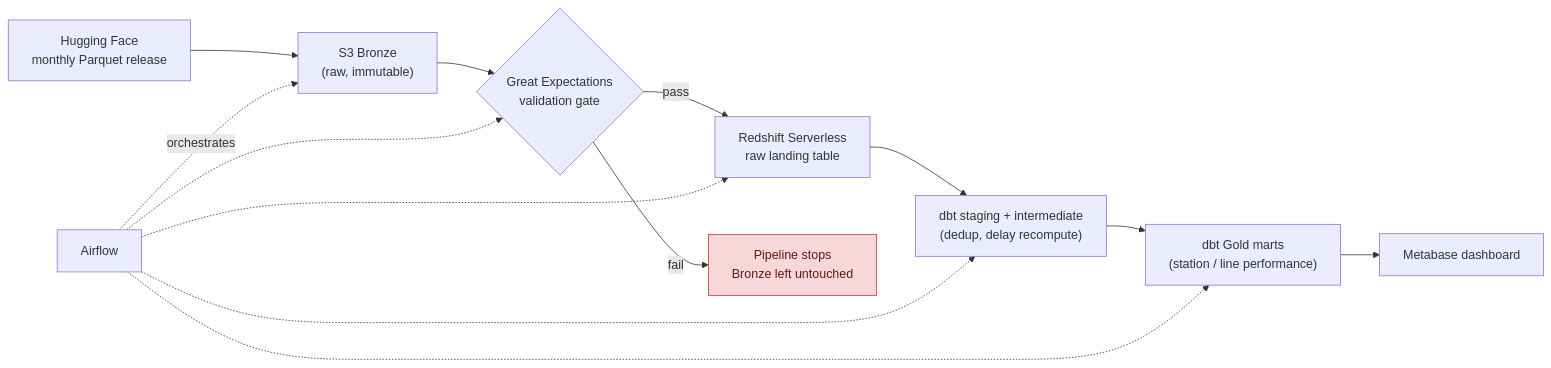
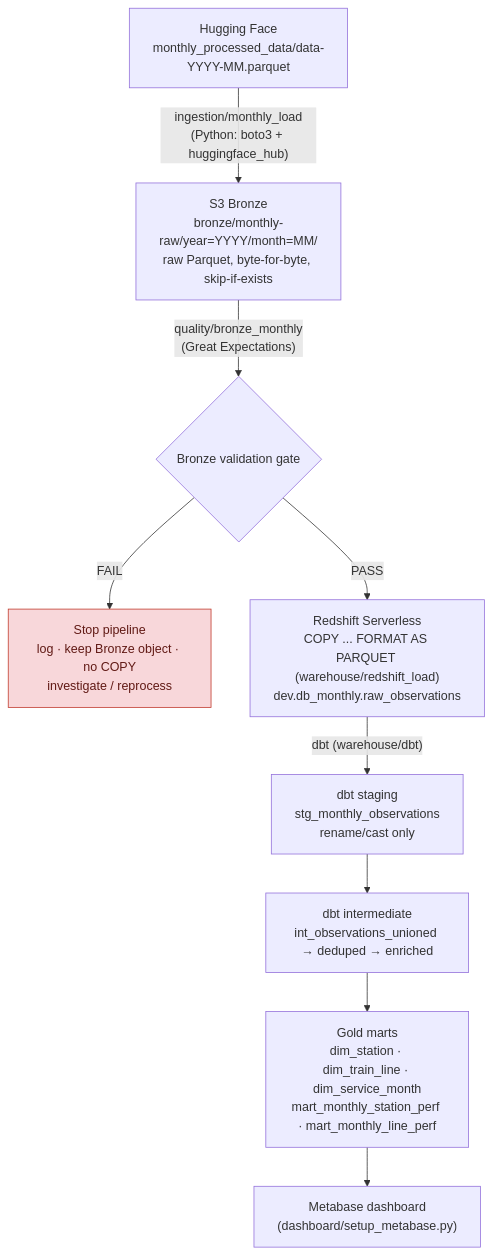
The diagram in README.md (koutafraout/deutsche-bahn-end-to-end-analytics-pipeline), drawn with Mermaid before and after one commit. The commit also changed other lines of this file, not shown here.

Commit message:
Use the same implemented-architecture diagram in the README as architecture.md, add Airflow DAG screenshot

````diff
--- a/README.md
+++ b/README.md
@@ -35,18 +36,18 @@
 ```mermaid
-flowchart LR
-    A["Hugging Face\nmonthly Parquet release"] --> B["S3 Bronze\n(raw, immutable)"]
-    B --> C{"Great Expectations\nvalidation gate"}
-    C -->|pass| D["Redshift Serverless\nraw landing table"]
-    C -->|fail| X["Pipeline stops\nBronze left untouched"]
-    D --> E["dbt staging + intermediate\n(dedup, delay recompute)"]
-    E --> F["dbt Gold marts\n(station / line performance)"]
-    F --> G["Metabase dashboard"]
-
-    O["Airflow"] -.orchestrates.-> B
-    O -.-> C
-    O -.-> D
-    O -.-> E
-    O -.-> F
+flowchart TD
+    A["Hugging Face<br/>monthly_processed_data/data-YYYY-MM.parquet"]
+    A -->|"ingestion/monthly_load<br/>(Python: boto3 + huggingface_hub)"| B
+    B["S3 Bronze<br/>bronze/monthly-raw/year=YYYY/month=MM/<br/>raw Parquet, byte-for-byte, skip-if-exists"]
+    B -->|"quality/bronze_monthly<br/>(Great Expectations)"| C
+    C{"Bronze validation gate"}
+    C -->|FAIL| X["Stop pipeline<br/>log · keep Bronze object · no COPY<br/>investigate / reprocess"]
+    C -->|PASS| D
+    D["Redshift Serverless<br/>COPY ... FORMAT AS PARQUET (warehouse/redshift_load)<br/>dev.db_monthly.raw_observations"]
+    D -->|"dbt (warehouse/dbt)"| E
+    E["dbt staging<br/>stg_monthly_observations<br/>rename/cast only"]
+    E --> F["dbt intermediate<br/>int_observations_unioned → deduped → enriched"]
+    F --> G["Gold marts<br/>dim_station · dim_train_line · dim_service_month<br/>mart_monthly_station_perf · mart_monthly_line_perf"]
+    G --> H["Metabase dashboard<br/>(dashboard/setup_metabase.py)"]
 
     style X fill:#f8d7da,stroke:#c0392b,color:#611a15
 ```
````
